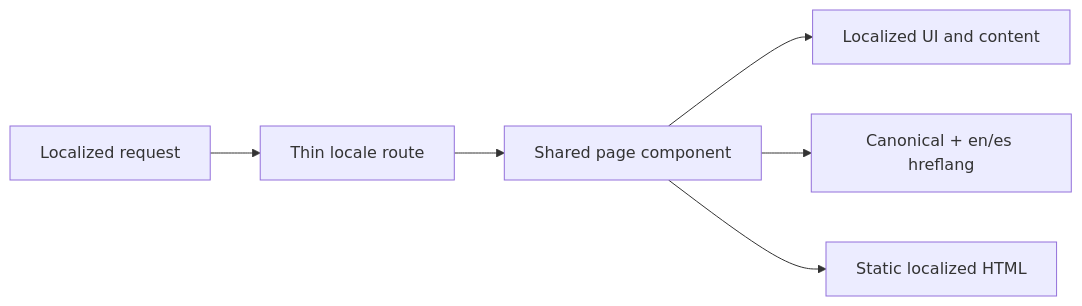
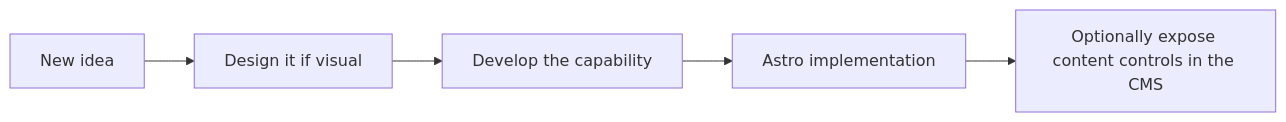
One commit to abicaride/abicaride.com changed the fifth of 6 diagrams in docs/WORKFLOW.md. Above: the diagram before and after it, drawn with Mermaid. The commit also changed other lines of this file and 10 other files, not shown here.

Commit message:
docs: document architecture and workflows

````diff
--- a/docs/WORKFLOW.md
+++ b/docs/WORKFLOW.md
@@ -284,8 +141,7 @@
 ```mermaid
 flowchart LR
-    REQUEST["Localized request"] --> ROUTE["Thin locale route"]
-    ROUTE --> SHARED["Shared page component"]
-    SHARED --> COPY["Localized UI and content"]
-    SHARED --> META["Canonical + en/es hreflang"]
-    SHARED --> HTML["Static localized HTML"]
+    IDEA["New idea"] --> DESIGN["Design it if visual"]
+    DESIGN --> DEV["Develop the capability"]
+    DEV --> ASTRO["Astro implementation"]
+    ASTRO --> CONTROLS["Optionally expose content controls in the CMS"]
 ```
````
